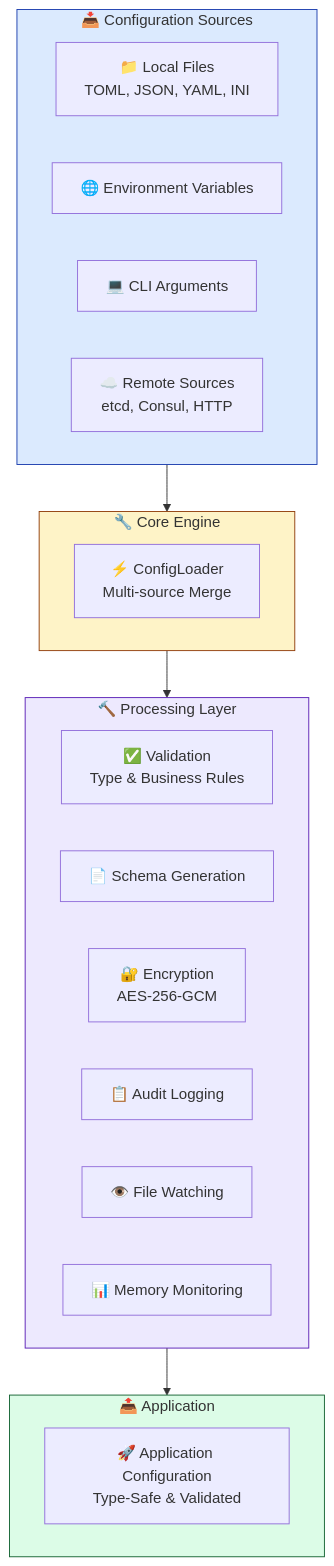
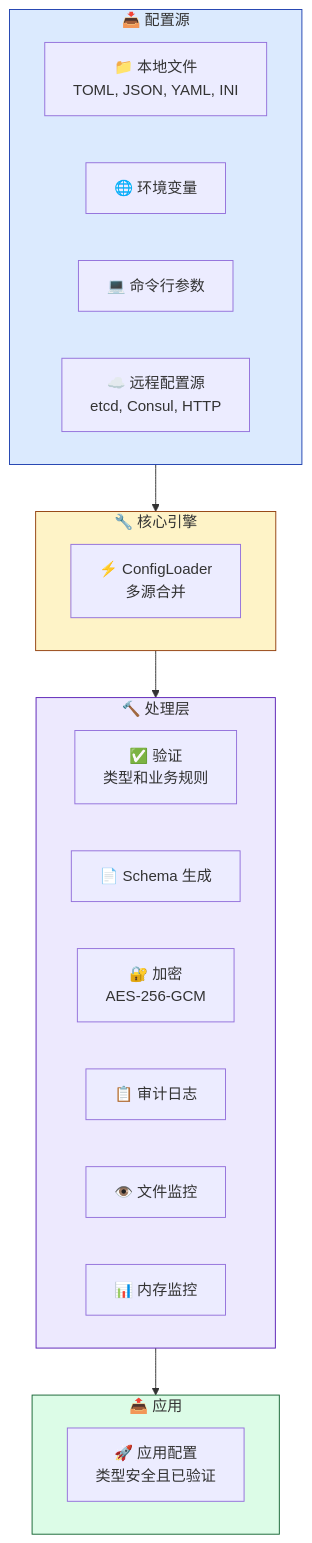
One commit to Kirky-X/confers changed the second of 3 diagrams in README_zh.md. Above: the diagram before and after it, drawn with Mermaid. The commit also changed other lines of this file and 1 other file, not shown here.

First line of the commit message:
docs: remove plugin system and Web UI from roadmap

````diff
--- a/README_zh.md
+++ b/README_zh.md
@@ -618,35 +602,35 @@
 ```mermaid
 graph TB
-    subgraph Sources ["📥 Configuration Sources"]
-        A[📁 Local Files<br/>TOML, JSON, YAML, INI]
-        B[🌐 Environment Variables]
-        C[💻 CLI Arguments]
-        D[☁️ Remote Sources<br/>etcd, Consul, HTTP]
+    subgraph Sources ["📥 配置源"]
+        A[📁 本地文件<br/>TOML, JSON, YAML, INI]
+        B[🌐 环境变量]
+        C[💻 命令行参数]
+        D[☁️ 远程配置源<br/>etcd, Consul, HTTP]
     end
 
-    subgraph Core ["🔧 Core Engine"]
-        E[⚡ ConfigLoader<br/>Multi-source Merge]
+    subgraph Core ["🔧 核心引擎"]
+        E[⚡ ConfigLoader<br/>多源合并]
     end
 
-    subgraph Processing ["🔨 Processing Layer"]
-        F[✅ Validation<br/>Type & Business Rules]
-        G[📄 Schema Generation]
-        H[🔐 Encryption<br/>AES-256-GCM]
-        I[📋 Audit Logging]
-        J[👁️ File Watching]
-        K[📊 Memory Monitoring]
+    subgraph Processing ["🔨 处理层"]
+        F[✅ 验证<br/>类型和业务规则]
+        G[📄 Schema 生成]
+        H[🔐 加密<br/>AES-256-GCM]
+        I[📋 审计日志]
+        J[👁️ 文件监控]
+        K[📊 内存监控]
     end
 
-    subgraph Output ["📤 Application"]
-        L[🚀 Application Configuration<br/>Type-Safe & Validated]
+    subgraph Output ["📤 应用"]
+        L[🚀 应用配置<br/>类型安全且已验证]
     end
 
     Sources --> Core
     Core --> Processing
     Processing --> Output
 
     style Sources fill:#DBEAFE,stroke:#1E40AF
     style Core fill:#FEF3C7,stroke:#92400E
     style Processing fill:#EDE9FE,stroke:#5B21B6
     style Output fill:#DCFCE7,stroke:#166534
 ```
````
